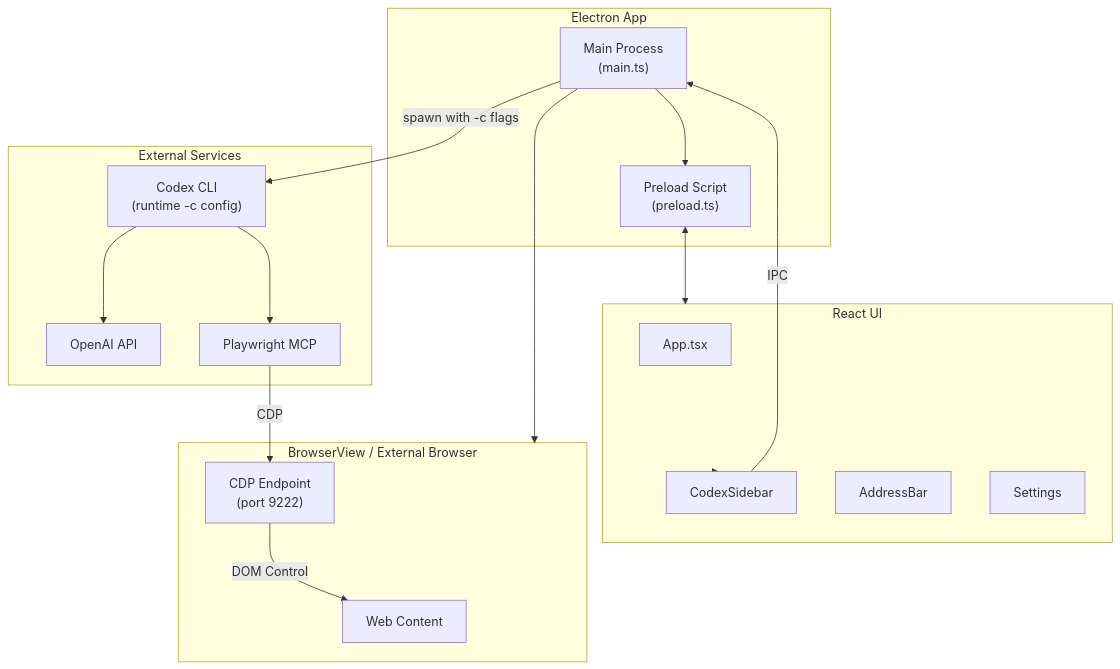
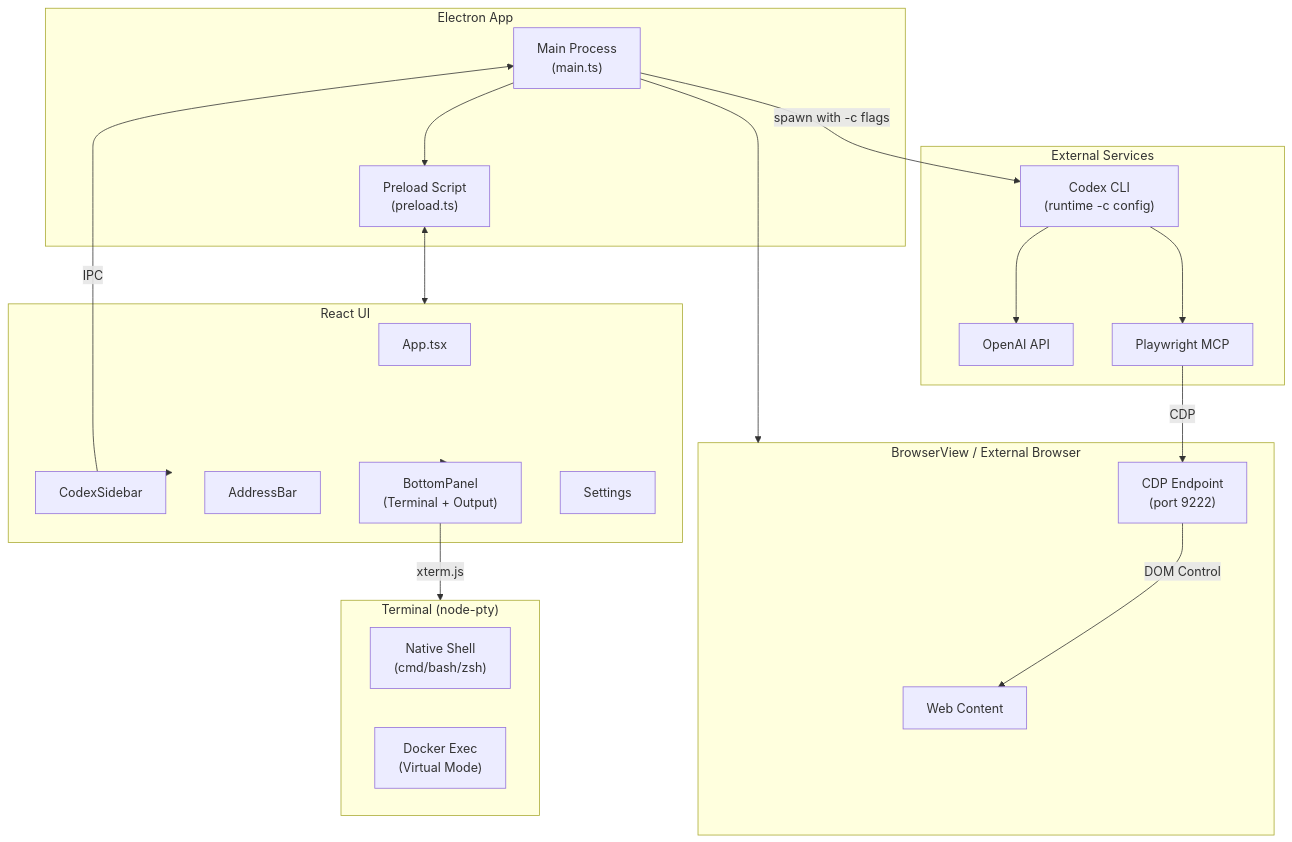
Before and after one commit to fkiller/GnuNae: the diagram in README.md, drawn with Mermaid. The commit also changed other lines of this file and 1 other file, not shown here.

Commit message:
Documents updated

````diff
--- a/README.md
+++ b/README.md
@@ -13,36 +13,44 @@
 ```mermaid
 graph TB
     subgraph Electron["Electron App"]
         Main["Main Process<br/>(main.ts)"]
         Preload["Preload Script<br/>(preload.ts)"]
     end
     
     subgraph UI["React UI"]
         App["App.tsx"]
         Sidebar["CodexSidebar"]
         AddressBar["AddressBar"]
+        BottomPanel["BottomPanel<br/>(Terminal + Output)"]
         Settings["Settings"]
     end
     
     subgraph Browser["BrowserView / External Browser"]
         WebPage["Web Content"]
         CDP["CDP Endpoint<br/>(port 9222)"]
     end
     
     subgraph External["External Services"]
         Codex["Codex CLI<br/>(runtime -c config)"]
         OpenAI["OpenAI API"]
         Playwright["Playwright MCP"]
     end
     
+    subgraph Terminal["Terminal (node-pty)"]
+        NativePTY["Native Shell<br/>(cmd/bash/zsh)"]
+        DockerExec["Docker Exec<br/>(Virtual Mode)"]
+    end
+    
     Main --> Preload
     Main --> Browser
     Preload <--> UI
     UI --> Sidebar
+    UI --> BottomPanel
+    BottomPanel --> |xterm.js| Terminal
     Sidebar --> |IPC| Main
     Main --> |spawn with -c flags| Codex
     Codex --> OpenAI
     Codex --> Playwright
     Playwright --> |CDP| CDP
     CDP --> |DOM Control| WebPage
 ```
````
